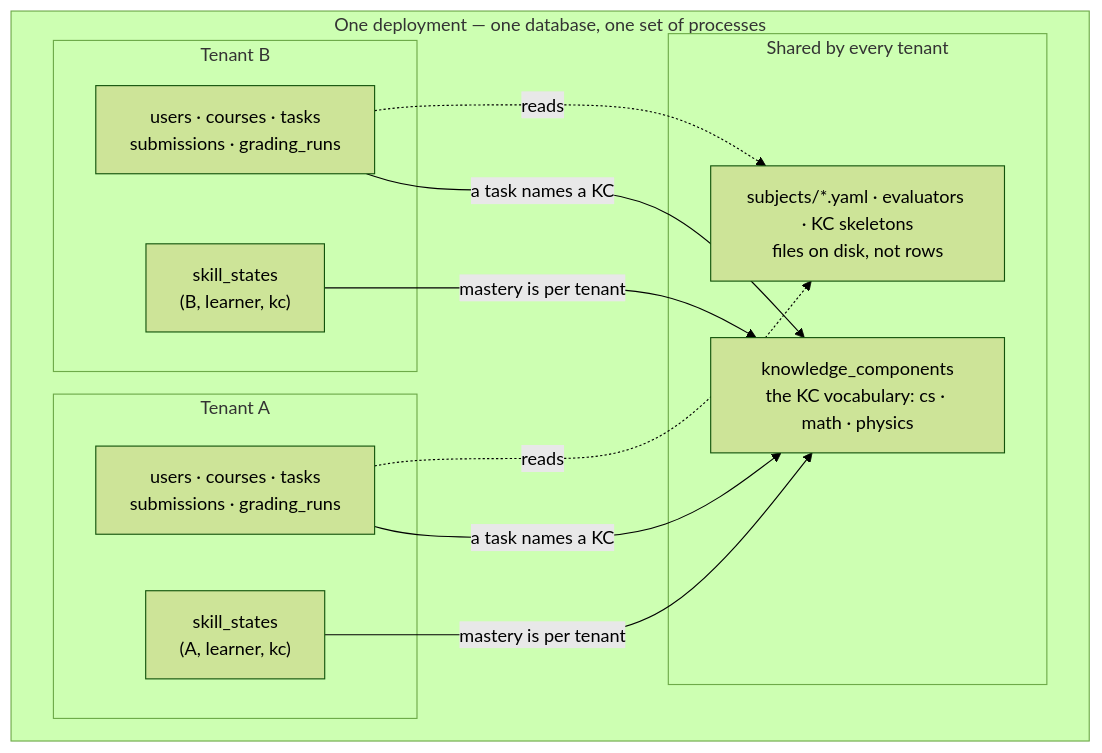
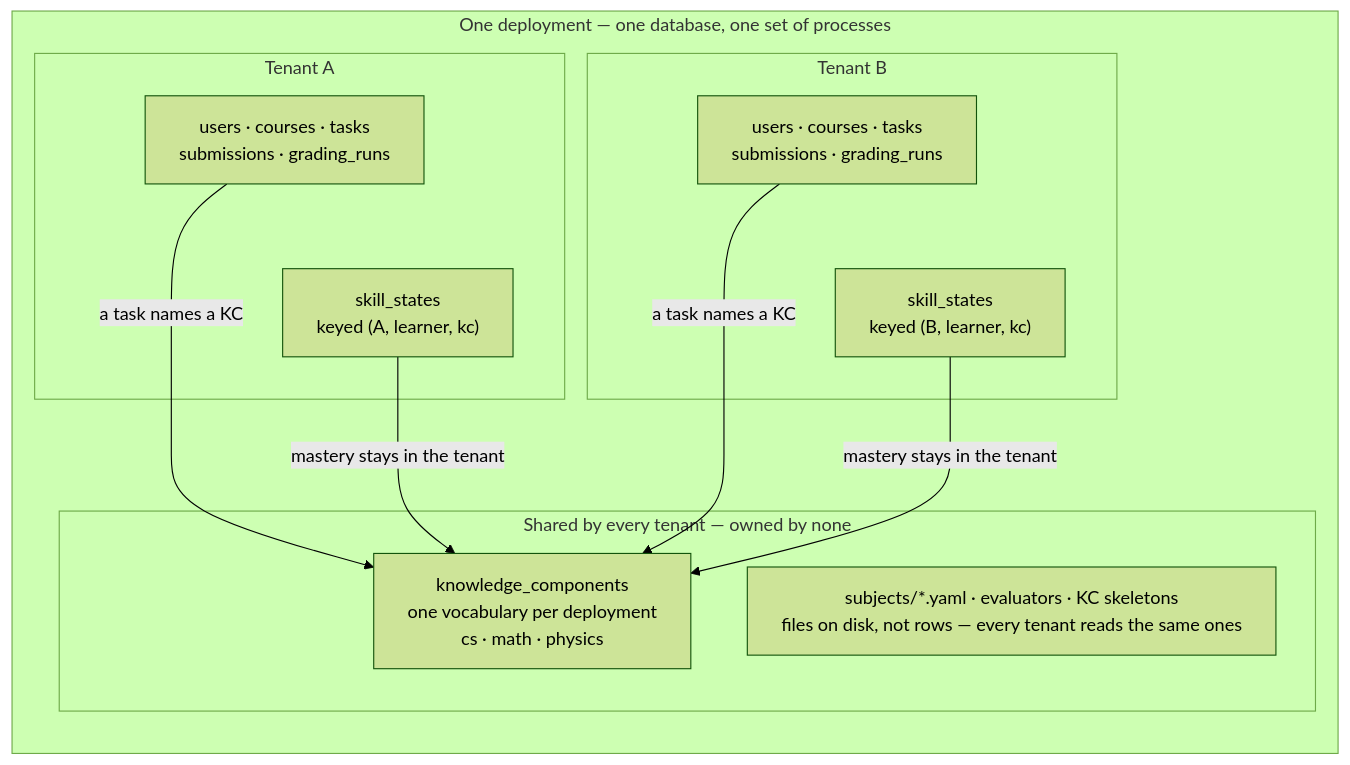
The fourth of 4 diagrams in README.md (sanoakr/aijudge), drawn with Mermaid (forest theme) before and after one commit. The commit also changed other lines of this file and 1 other file, not shown here.

Commit message:
docs: fix the wrapping and layout of the two boundary diagrams
Mermaid's default wrappingWidth (200px) re-wrapped the node labels and
ignored the line breaks the source had chosen, so "studentweb ·" and
"reviewconsole · grader" landed on different lines. Pin wrappingWidth on
all four diagrams and even out the line lengths per box.

The tenant diagram is now LR: with TB the two tenants stacked and every
edge crossed the picture. Tenants sit side by side, the shared area
below, and the dotted "reads" edges — the ones that crossed everything —
are folded into the label of the box they pointed at.

````diff
--- a/README.md
+++ b/README.md
@@ -316,24 +317,25 @@
 ```mermaid
-flowchart TB
+%%{init: {"flowchart": {"wrappingWidth": 460}} }%%
+flowchart LR
     subgraph DEP["One deployment — one database, one set of processes"]
-        subgraph SHARED["Shared by every tenant"]
-            KC["knowledge_components<br/>the KC vocabulary: cs · math · physics"]
-            FILES["subjects/*.yaml · evaluators · KC skeletons<br/>files on disk, not rows"]
-        end
         subgraph TEN_A["Tenant A"]
             CA["users · courses · tasks<br/>submissions · grading_runs"]
-            SA["skill_states<br/>(A, learner, kc)"]
+            SA["skill_states<br/>keyed (A, learner, kc)"]
         end
         subgraph TEN_B["Tenant B"]
             CB["users · courses · tasks<br/>submissions · grading_runs"]
-            SB["skill_states<br/>(B, learner, kc)"]
+            SB["skill_states<br/>keyed (B, learner, kc)"]
+        end
+        subgraph SHARED["Shared by every tenant — owned by none"]
+            KC["knowledge_components<br/>one vocabulary per deployment<br/>cs · math · physics"]
+            FILES["subjects/*.yaml · evaluators · KC skeletons<br/>files on disk, not rows — every tenant reads the same ones"]
         end
     end
 
+    CA ~~~ SA
+    CB ~~~ SB
     CA -- "a task names a KC" --> KC
+    SA -- "mastery stays in the tenant" --> KC
     CB -- "a task names a KC" --> KC
-    SA -- "mastery is per tenant" --> KC
-    SB -- "mastery is per tenant" --> KC
-    CA -. reads .-> FILES
-    CB -. reads .-> FILES
+    SB -- "mastery stays in the tenant" --> KC
 ```
````
